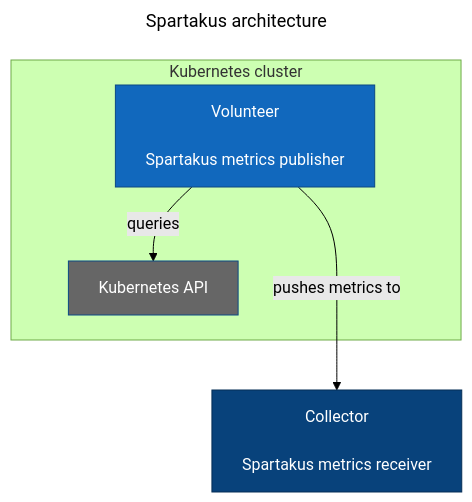
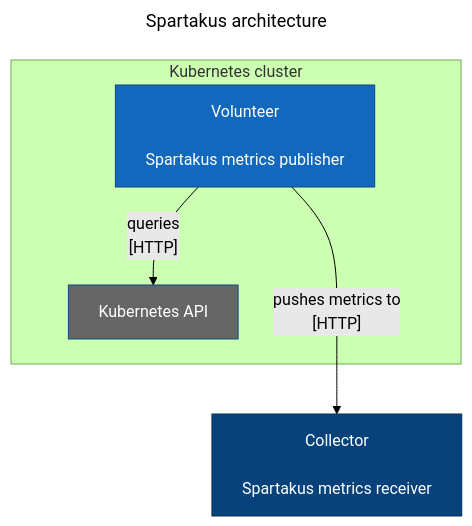
One commit to agrski/agrski.github.io changed the diagram in docs/_drafts/scv2-hodometer-spartakus-container.mmd. Above: the diagram before and after it, drawn with Mermaid (forest theme).

Commit message:
Add network protocols to edges in Spartakus container diagram

```diff
--- a/docs/_drafts/scv2-hodometer-spartakus-container.mmd
+++ b/docs/_drafts/scv2-hodometer-spartakus-container.mmd
@@ -1,21 +1,21 @@
 ---
 title: Spartakus architecture
 ---
 
 flowchart TD
   S["Volunteer\n\nSpartakus metrics publisher"]
   C["Collector\n\nSpartakus metrics receiver"]
   K["Kubernetes API"]
 
   subgraph Kubernetes cluster
-    S --> |queries| K
+    S --> |"queries\n[HTTP]"| K
   end
-  S ---> |pushes metrics to| C
+  S ---> |"pushes metrics to\n[HTTP]"| C
 
   classDef focusSystem      fill:#1168bd,stroke:#0b4884,color:#ffffff
   classDef supportingSystem fill:#666,stroke:#0b4884,color:#ffffff
   classDef consumingSystem  fill:#08427b,stroke:#052e56,color:#ffffff
 
   class S focusSystem
   class C consumingSystem
   class K supportingSystem
```
